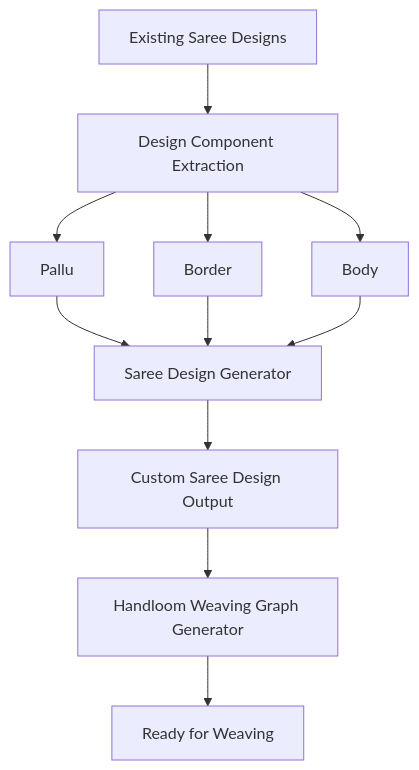
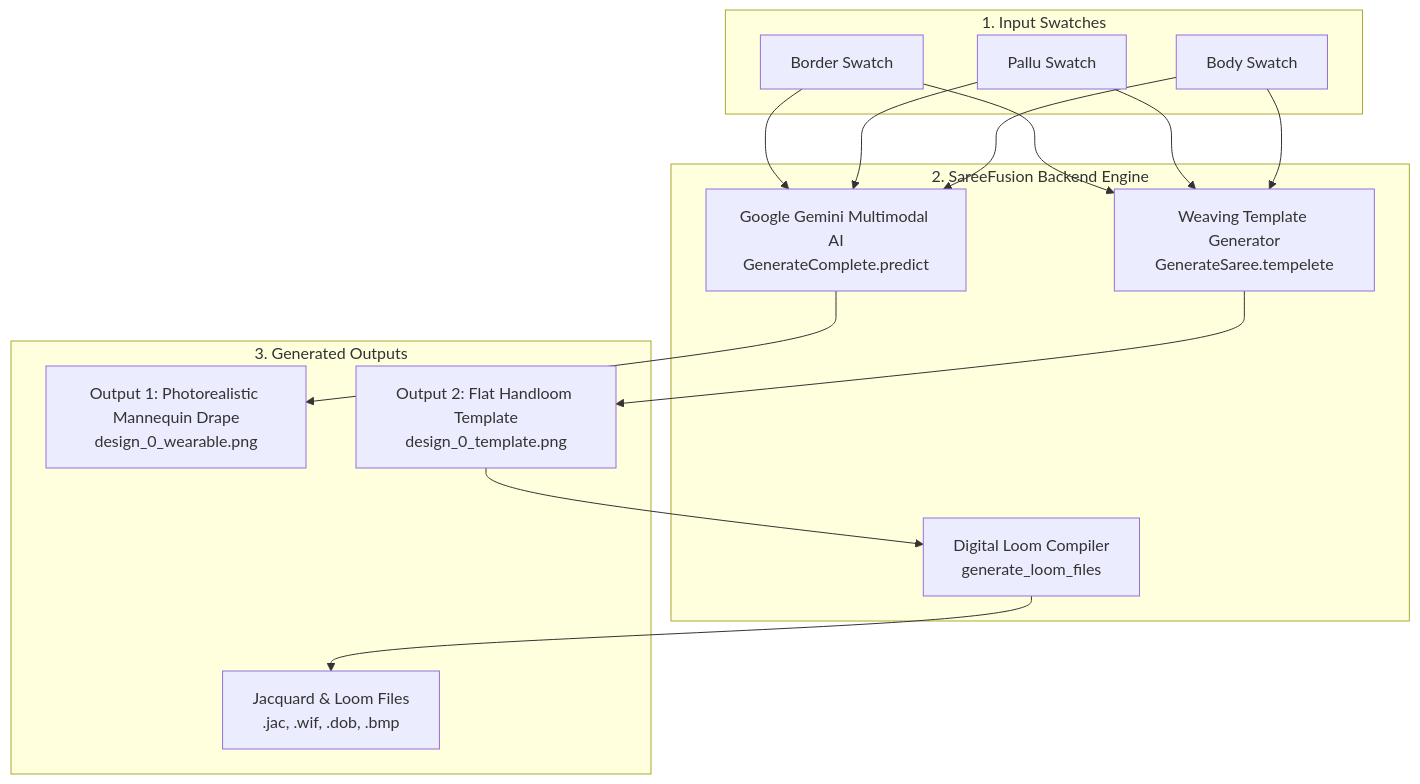
The diagram in README.md (puvithk/saree-fusion), drawn with Mermaid before and after one commit. The commit also changed other lines of this file and 1 other file, not shown here.

````diff
--- a/README.md
+++ b/README.md
@@ -48,13 +44,33 @@
 ```mermaid
 flowchart TD
-    A[Existing Saree Designs] --> B[Design Component Extraction]
-    B --> C[Pallu]
-    B --> D[Border]
-    B --> E[Body]
-    C --> F[Saree Design Generator]
-    D --> F
-    E --> F
-    F --> G[Custom Saree Design Output]
-    G --> H[Handloom Weaving Graph Generator]
-    H --> I[Ready for Weaving]
+    subgraph Inputs ["1. Input Swatches"]
+        A[Border Swatch]
+        B[Pallu Swatch]
+        C[Body Swatch]
+    end
+
+    subgraph Backend ["2. SareeFusion Backend Engine"]
+        D[Weaving Template Generator\nGenerateSaree.tempelete]
+        E[Google Gemini Multimodal AI\nGenerateComplete.predict]
+        F[Digital Loom Compiler\ngenerate_loom_files]
+    end
+
+    subgraph Outputs ["3. Generated Outputs"]
+        G[Output 1: Photorealistic Mannequin Drape\ndesign_0_wearable.png]
+        H[Output 2: Flat Handloom Template\ndesign_0_template.png]
+        I[Jacquard & Loom Files\n.jac, .wif, .dob, .bmp]
+    end
+
+    A --> D
+    B --> D
+    C --> D
+    
+    A --> E
+    B --> E
+    C --> E
+    
+    D --> H
+    E --> G
+    H --> F
+    F --> I
 ```
````
